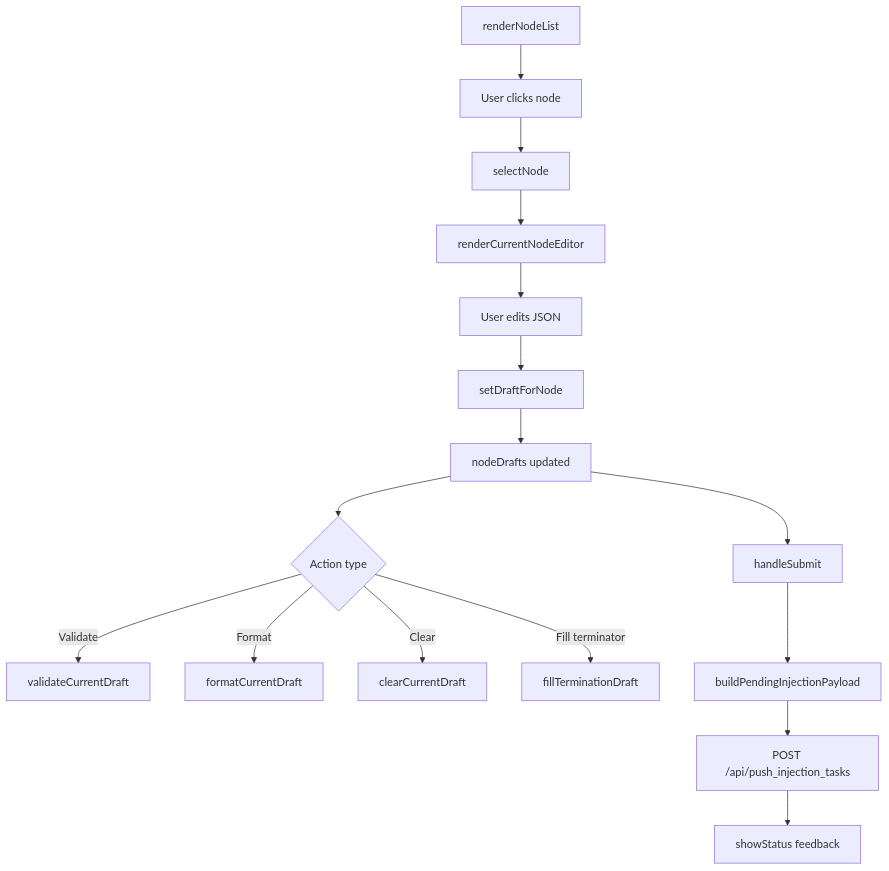
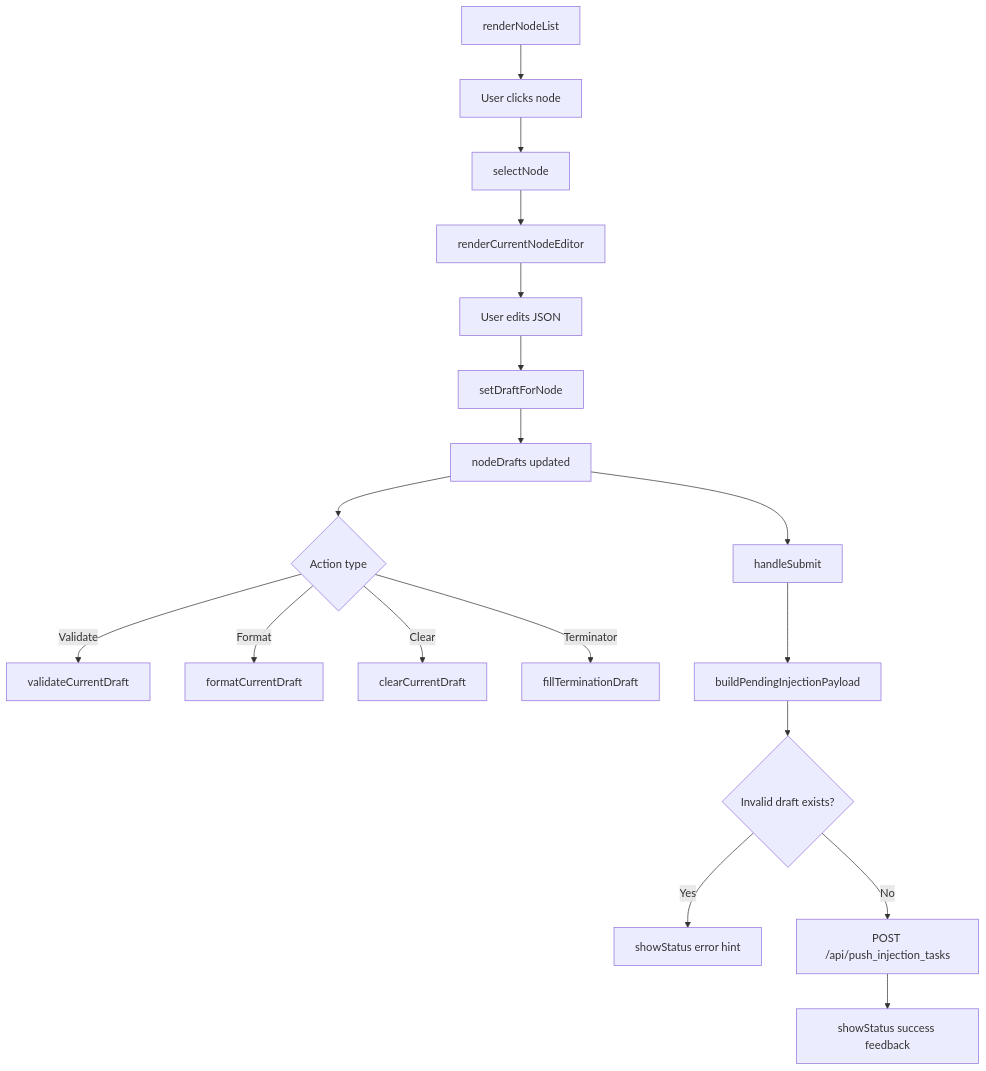
Before and after one commit to Mr-xiaotian/CelestialFlow: the diagram in docs/en/src/web/static/ts/injection.md, drawn with Mermaid. The commit also changed other lines of this file and 156 other files, not shown here.

````diff
--- a/docs/en/src/web/static/ts/injection.md
+++ b/docs/en/src/web/static/ts/injection.md
@@ -25,20 +183,22 @@
 ```mermaid
 flowchart TD
     A[renderNodeList] --> B[User clicks node]
     B --> C[selectNode]
     C --> D[renderCurrentNodeEditor]
     D --> E[User edits JSON]
     E --> F[setDraftForNode]
     F --> G[nodeDrafts updated]
 
     G --> H{Action type}
     H -->|Validate| I[validateCurrentDraft]
     H -->|Format| J[formatCurrentDraft]
     H -->|Clear| K[clearCurrentDraft]
-    H -->|Fill terminator| L[fillTerminationDraft]
+    H -->|Terminator| L[fillTerminationDraft]
 
     G --> M[handleSubmit]
     M --> N[buildPendingInjectionPayload]
-    N --> O[POST /api/push_injection_tasks]
-    O --> P[showStatus feedback]
+    N --> O{Invalid draft exists?}
+    O -->|Yes| P[showStatus error hint]
+    O -->|No| Q[POST /api/push_injection_tasks]
+    Q --> R[showStatus success feedback]
 ```
````
